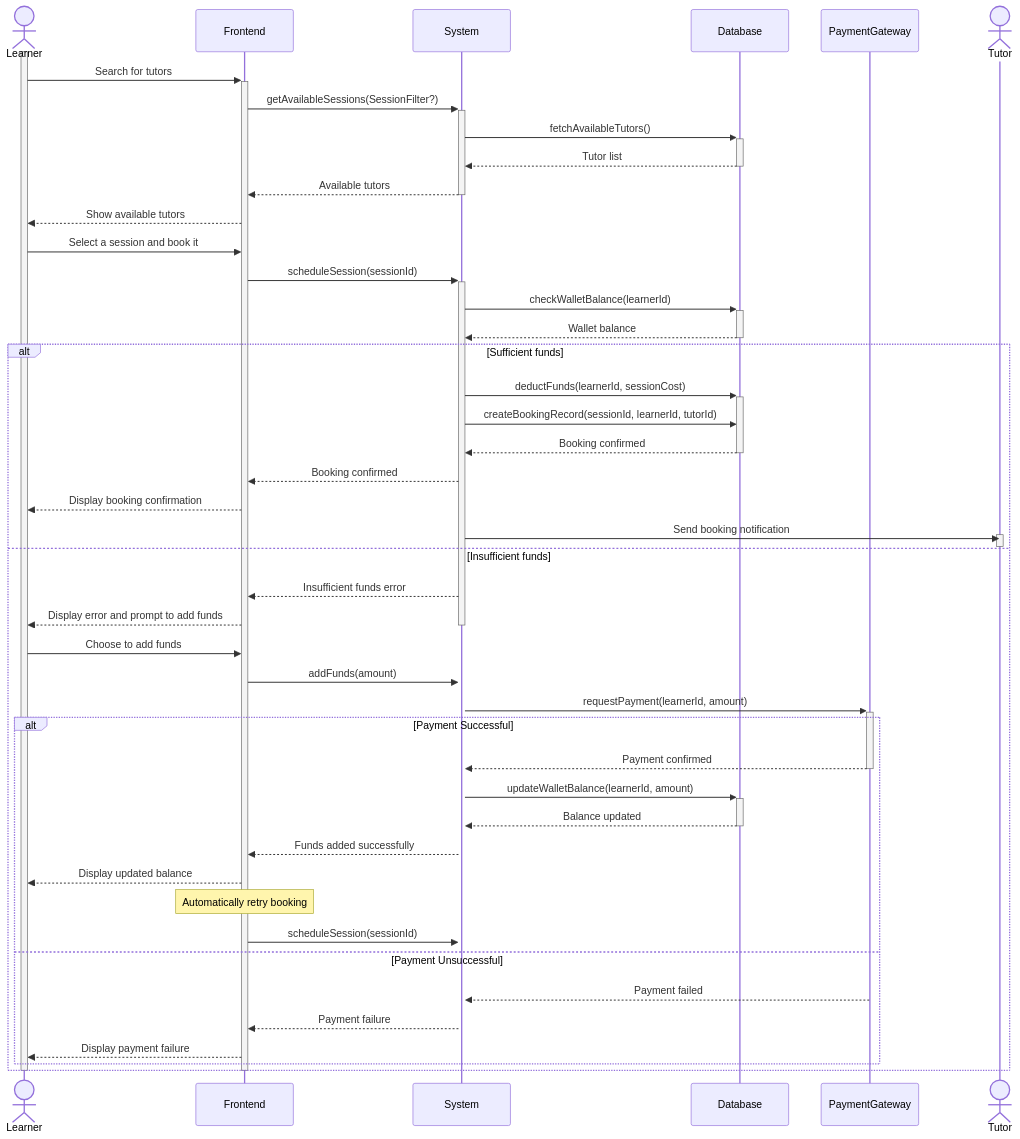
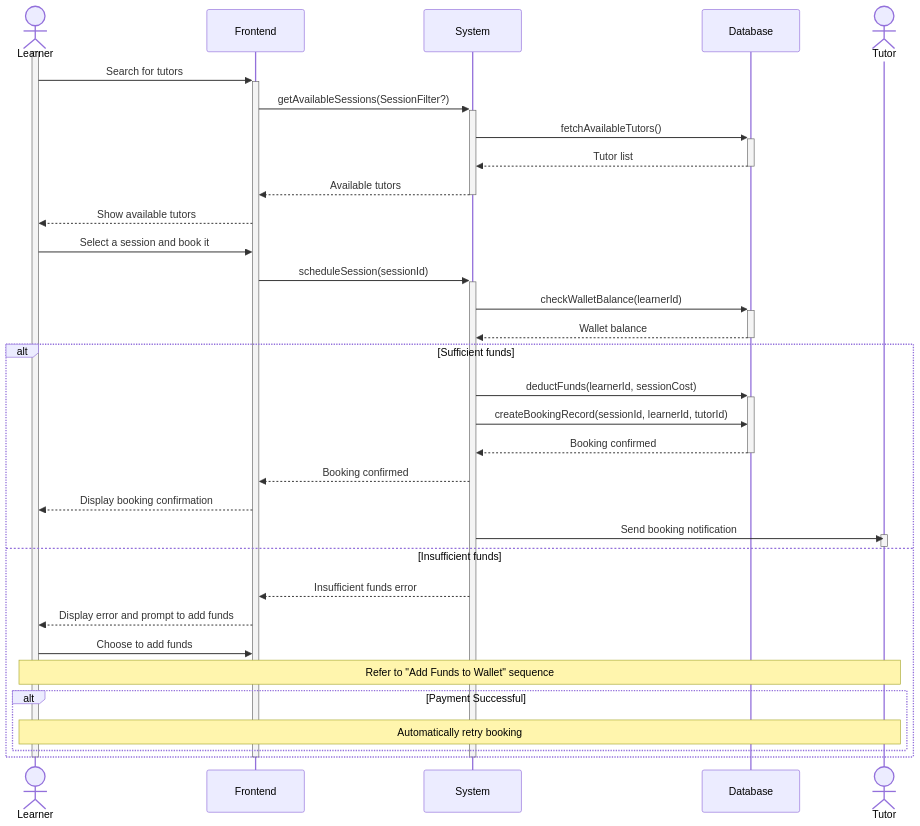
Before and after one commit to Shaar03/Diagrams: the diagram in bookAndPay.mermaid, drawn with Mermaid.

Commit message:
ref here

```diff
--- a/bookAndPay.mermaid
+++ b/bookAndPay.mermaid
@@ -1,51 +1,41 @@
 sequenceDiagram
     actor Learner
     participant Frontend
     participant System
     participant Database
-    participant PaymentGateway
     actor Tutor
 
     activate Learner
     Learner->>+Frontend: Search for tutors
     Frontend->>+System: getAvailableSessions(SessionFilter?)
     System->>+Database: fetchAvailableTutors()
     Database-->>-System: Tutor list
     System-->>-Frontend: Available tutors
     Frontend-->>Learner: Show available tutors
     Learner->>Frontend: Select a session and book it
     Frontend->>+System: scheduleSession(sessionId)
     System->>+Database: checkWalletBalance(learnerId)
     Database-->>-System: Wallet balance
     alt Sufficient funds
         System->>+Database: deductFunds(learnerId, sessionCost)
         System->>Database: createBookingRecord(sessionId, learnerId, tutorId)
         Database-->>-System: Booking confirmed
         System-->>Frontend: Booking confirmed
         Frontend-->>Learner: Display booking confirmation
         System->>Tutor: Send booking notification
         activate Tutor
         deactivate Tutor
     else Insufficient funds
         System-->>Frontend: Insufficient funds error
         Frontend-->>Learner: Display error and prompt to add funds
-        deactivate System
         Learner->>Frontend: Choose to add funds
-        Frontend->>+System: addFunds(amount)
-        System->>+PaymentGateway: requestPayment(learnerId, amount)
+
+        Note over Learner, Tutor: Refer to "Add Funds to Wallet" sequence
+
         alt Payment Successful
-            PaymentGateway-->>-System: Payment confirmed
-            System->>+Database: updateWalletBalance(learnerId, amount)
-            Database-->>-System: Balance updated
-            System-->>Frontend: Funds added successfully
-            Frontend-->>Learner: Display updated balance
-            Note over Frontend: Automatically retry booking
-            Frontend->>System: scheduleSession(sessionId)
-        else Payment Unsuccessful
-            PaymentGateway-->>System: Payment failed
-            System-->>Frontend: Payment failure
-            Frontend-->>Learner: Display payment failure
+            Note over Learner, Tutor: Automatically retry booking
         end
     end
+    deactivate System
     deactivate Frontend
     deactivate Learner
```
